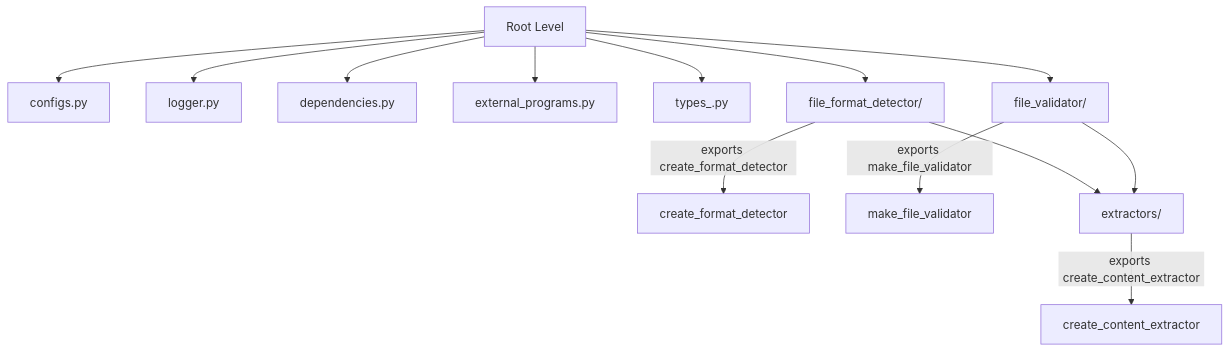
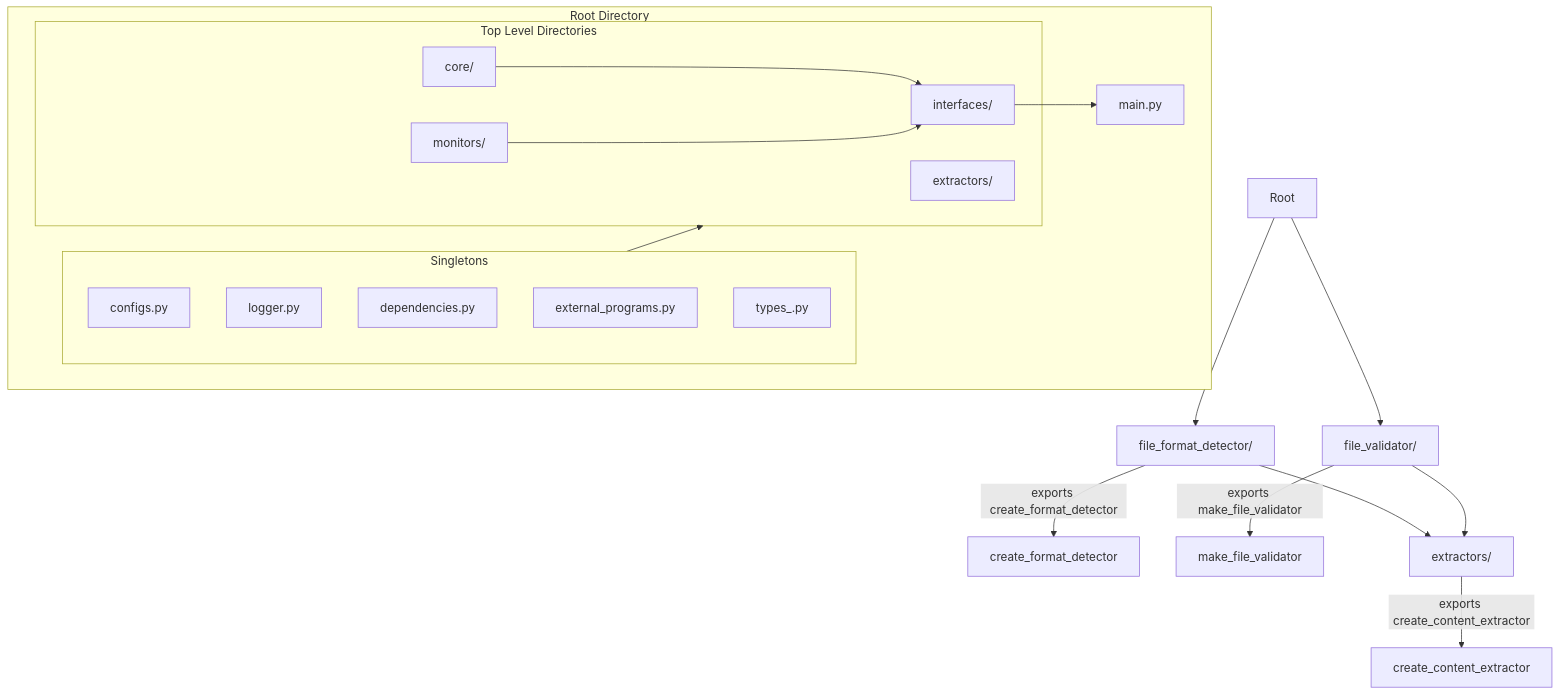
The third of 3 diagrams in REVISED_ARCHITECTURE.md (endomorphosis/omni_converter_mk2), drawn with Mermaid before and after one commit. The commit also changed other lines of this file and 309 other files, not shown here.

````diff
--- a/REVISED_ARCHITECTURE.md
+++ b/REVISED_ARCHITECTURE.md
@@ -13,26 +135,42 @@
 ```mermaid
 graph TD
-    %% Root level - shared utilities
-    Root[Root Level]
-    Root --> configs.py
-    Root --> logger.py
-    Root --> dependencies.py
-    Root --> external_programs.py
-    Root --> types_.py
-    
+    %% Root level - shared utilities and singletons
+    subgraph "Root Directory"
+      main.py
+      subgraph singletons ["Singletons"]
+        configs.py
+        logger.py
+        dependencies.py
+        external_programs.py
+        types_.py
+      end
+      singletons --> top_level_dir
+    end
+
+    %% Top-level directories
+    subgraph top_level_dir ["Top Level Directories"]
+      interfaces[interfaces/]
+      interfaces --> main.py
+      core[core/]
+      monitors[monitors/]
+      batch_processor[extractors/]
+      core --> interfaces
+      monitors --> interfaces
+    end
+
     %% Layer 1: Foundation modules
     FileFormatDetector[file_format_detector/]
     FileValidator[file_validator/]
     
     Root --> FileFormatDetector
     Root --> FileValidator
     
     FileFormatDetector --> |exports create_format_detector| FD_Export[create_format_detector]
     FileValidator --> |exports make_file_validator| FV_Export[make_file_validator]
 
     %% Layer 2: Content extraction
     Extractors[extractors/]
     FileFormatDetector --> Extractors
     FileValidator --> Extractors
     Extractors --> |exports create_content_extractor| CE_Export[create_content_extractor]
 ```
````
